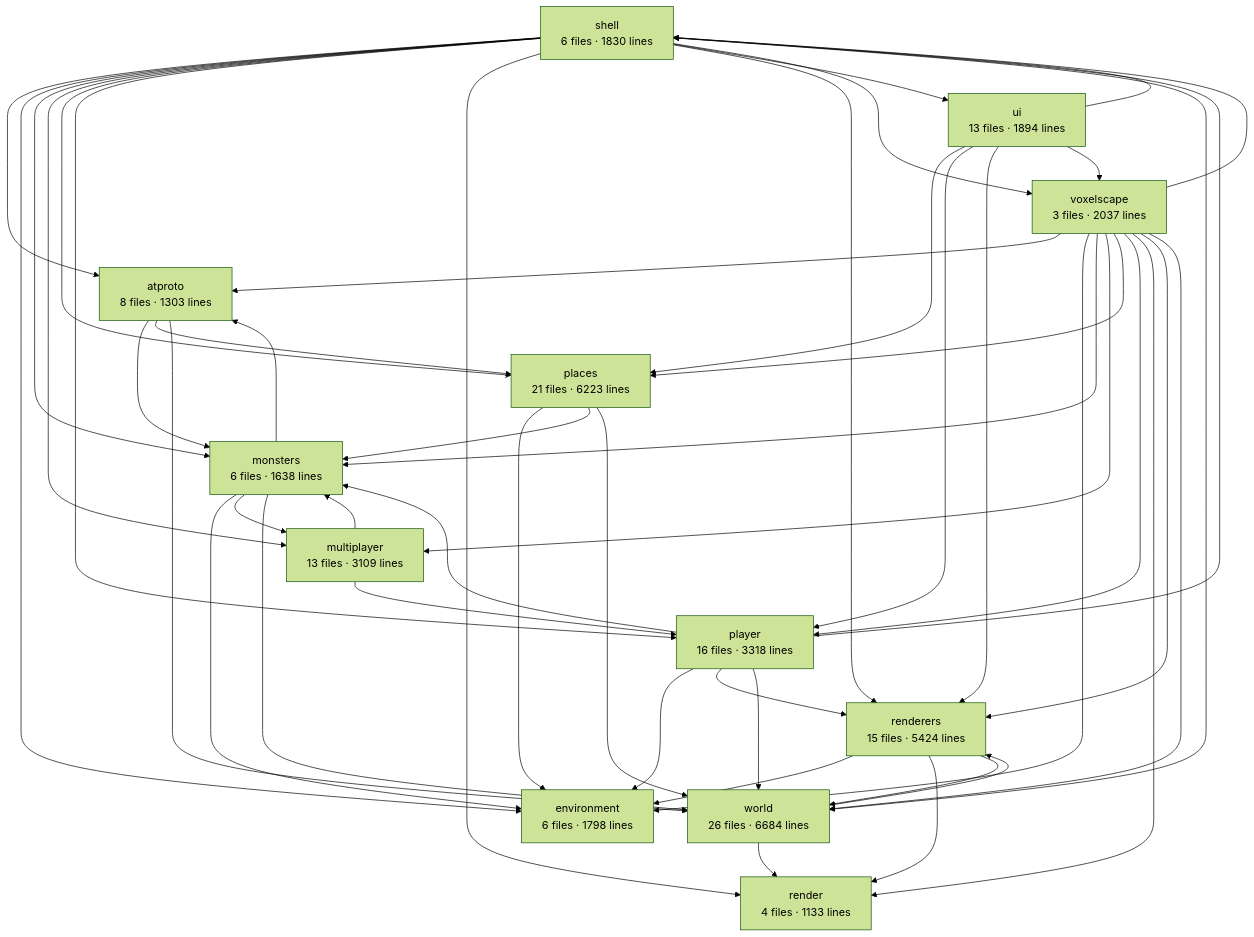
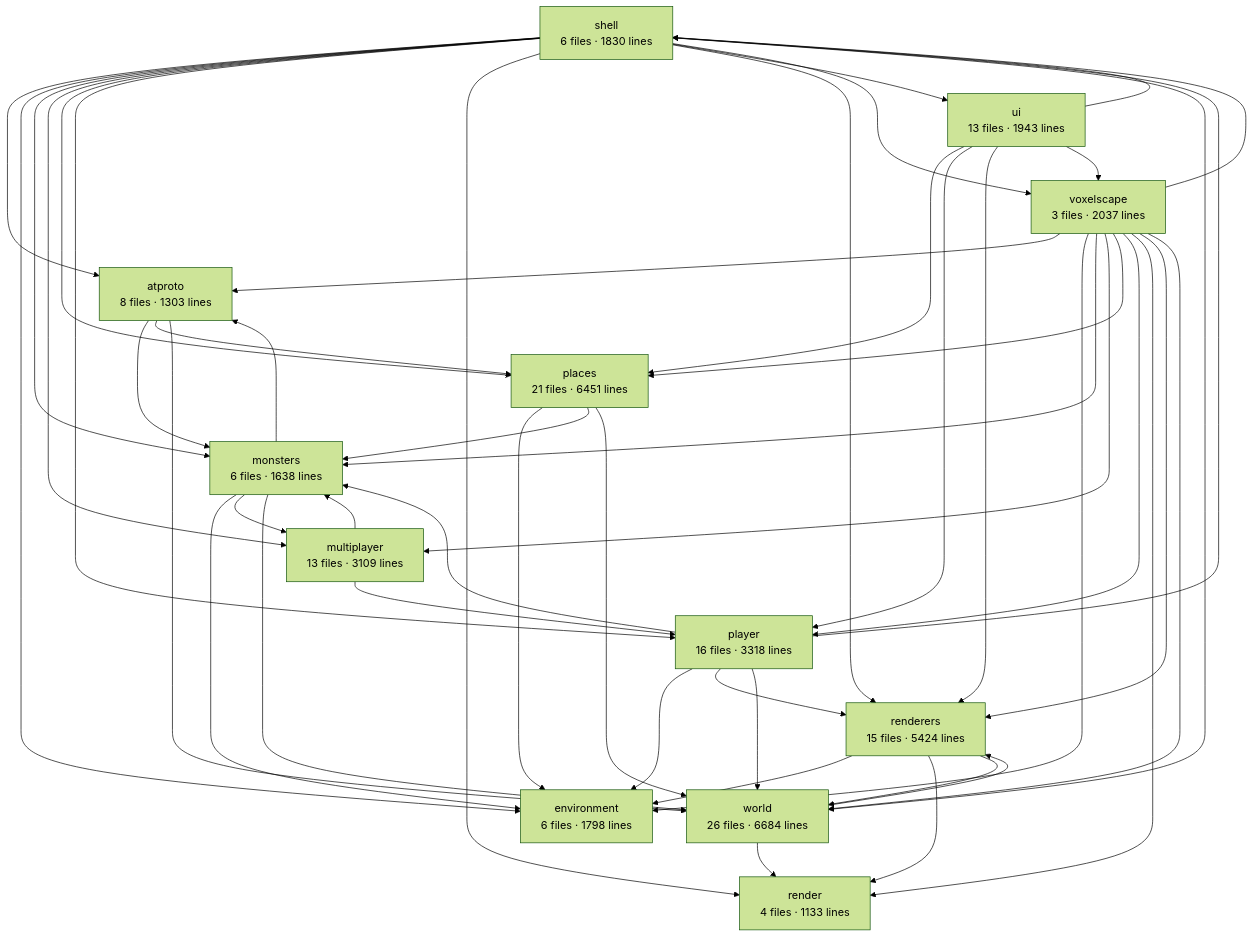
Before and after one commit to clinuxrulz/big-mesh-studios: the diagram in apps/voxelscape/docs/architecture.md, drawn with Mermaid (forest theme). The commit also changed other lines of this file and 2 other files, not shown here.

````diff
--- a/apps/voxelscape/docs/architecture.md
+++ b/apps/voxelscape/docs/architecture.md
@@ -6,63 +6,63 @@
 ```mermaid
 graph TD
   shell["shell<br/>6 files · 1830 lines"]
   voxelscape["voxelscape<br/>3 files · 2037 lines"]
   world["world<br/>26 files · 6684 lines"]
   renderers["renderers<br/>15 files · 5424 lines"]
   render["render<br/>4 files · 1133 lines"]
   player["player<br/>16 files · 3318 lines"]
   monsters["monsters<br/>6 files · 1638 lines"]
   multiplayer["multiplayer<br/>13 files · 3109 lines"]
-  places["places<br/>21 files · 6223 lines"]
+  places["places<br/>21 files · 6451 lines"]
   environment["environment<br/>6 files · 1798 lines"]
   atproto["atproto<br/>8 files · 1303 lines"]
-  ui["ui<br/>13 files · 1894 lines"]
+  ui["ui<br/>13 files · 1943 lines"]
   atproto --> monsters
   atproto --> places
   atproto --> world
   monsters --> atproto
   monsters --> environment
   monsters --> multiplayer
   monsters --> world
   multiplayer --> monsters
   multiplayer --> player
   places --> environment
   places --> monsters
   places --> world
   player --> environment
   player --> monsters
   player --> renderers
   player --> shell
   player --> world
   renderers --> environment
   renderers --> render
   renderers --> world
   shell --> atproto
   shell --> environment
   shell --> monsters
   shell --> multiplayer
   shell --> places
   shell --> player
   shell --> render
   shell --> renderers
   shell --> ui
   shell --> voxelscape
   shell --> world
   ui --> places
   ui --> player
   ui --> renderers
   ui --> shell
   ui --> voxelscape
   voxelscape --> atproto
   voxelscape --> environment
   voxelscape --> monsters
   voxelscape --> multiplayer
   voxelscape --> places
   voxelscape --> player
   voxelscape --> render
   voxelscape --> renderers
   voxelscape --> shell
   voxelscape --> world
   world --> render
   world --> renderers
 ```
````
